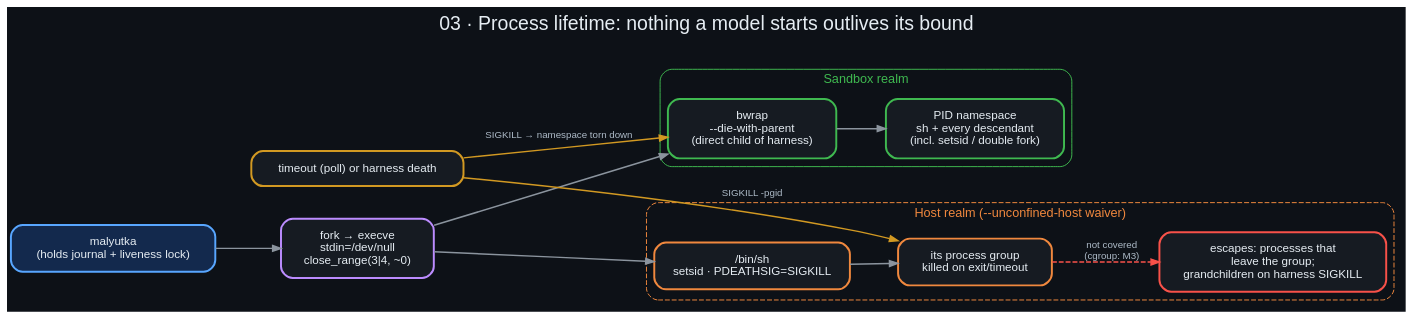
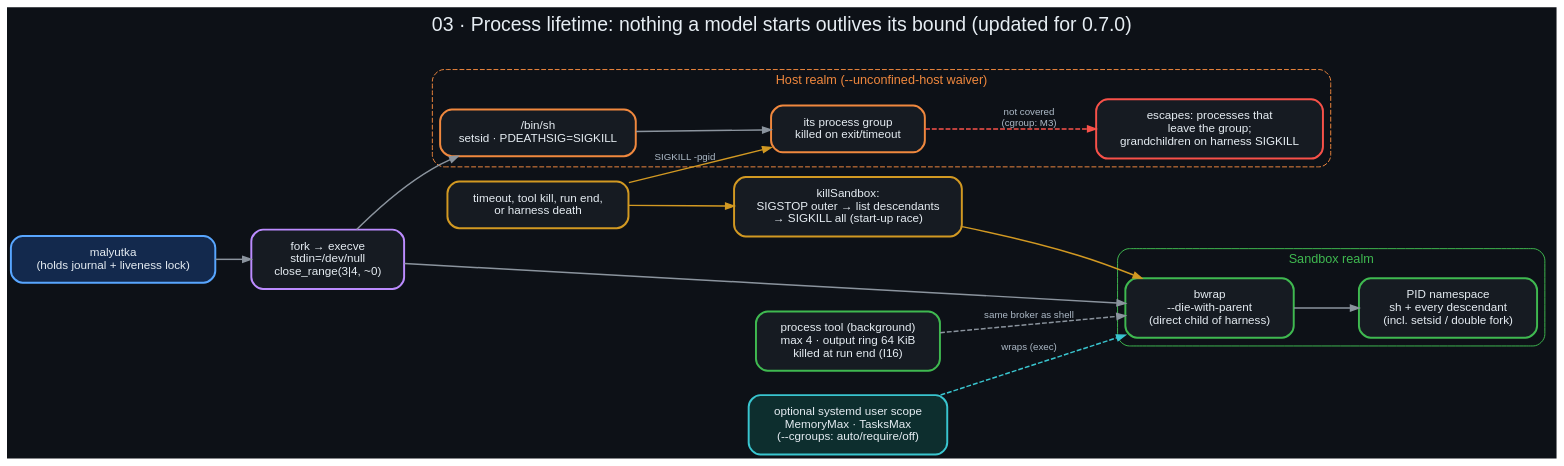
Before and after one commit to danindiana/malyutka: the diagram in docs/diagrams/03_process_lifetime.dot, drawn with Graphviz. The commit also changed 42 other files, not shown here.

First line of the commit message:
feat: background process tool and resource limits (v0.7.0)

```diff
--- a/docs/diagrams/03_process_lifetime.dot
+++ b/docs/diagrams/03_process_lifetime.dot
@@ -1,29 +1,34 @@
 digraph process_lifetime {
     graph [bgcolor="#0d1117", rankdir=LR, fontname="Helvetica", fontcolor="#e6edf3", labelloc="t", fontsize=20,
-           label="03 · Process lifetime: nothing a model starts outlives its bound\n ", nodesep=0.35, ranksep=0.5];
+           label="03 · Process lifetime: nothing a model starts outlives its bound (updated for 0.7.0)\n ", nodesep=0.35, ranksep=0.5];
     node  [fontname="Helvetica", fontcolor="#e6edf3", color="#30363d", style="filled,rounded", shape=box, penwidth=2,
            margin="0.22,0.15", fillcolor="#161b22", fontsize=12];
     edge  [color="#8b949e", fontname="Helvetica", fontcolor="#adbac7", penwidth=1.5, arrowsize=0.85, fontsize=10];
 
     harness [label="malyutka\n(holds journal + liveness lock)", color="#58a6ff", fillcolor="#13294d"];
     spawn   [label="fork → execve\nstdin=/dev/null\nclose_range(3|4, ~0)", color="#bc8cff"];
 
     subgraph cluster_sb {
         label="Sandbox realm"; fontcolor="#3fb950"; color="#3fb950"; style="rounded"; fontsize=13;
         bwrap [label="bwrap\n--die-with-parent\n(direct child of harness)", color="#3fb950"];
         ns    [label="PID namespace\nsh + every descendant\n(incl. setsid / double fork)", color="#3fb950"];
     }
     subgraph cluster_host {
         label="Host realm (--unconfined-host waiver)"; fontcolor="#f0883e"; color="#f0883e"; style="rounded,dashed"; fontsize=13;
         sh    [label="/bin/sh\nsetsid · PDEATHSIG=SIGKILL", color="#f0883e"];
         grp   [label="its process group\nkilled on exit/timeout", color="#f0883e"];
         esc   [label="escapes: processes that\nleave the group;\ngrandchildren on harness SIGKILL", color="#f85149"];
     }
-    kill  [label="timeout (poll) or harness death", color="#d29922"];
+    proc  [label="process tool (background)\nmax 4 · output ring 64 KiB\nkilled at run end (I16)", color="#3fb950"];
+    scope [label="optional systemd user scope\nMemoryMax · TasksMax\n(--cgroups: auto/require/off)", color="#39c5cf", fillcolor="#0d2e2e"];
+    kill  [label="timeout, tool kill, run end,\nor harness death", color="#d29922"];
+    killseq [label="killSandbox:\nSIGSTOP outer → list descendants\n→ SIGKILL all (start-up race)", color="#d29922"];
 
     harness -> spawn -> bwrap -> ns;
     spawn -> sh -> grp;
     grp -> esc [style=dashed, color="#f85149", label="not covered\n(cgroup: M3)"];
-    kill -> bwrap [label="SIGKILL → namespace torn down", color="#d29922"];
+    kill -> killseq -> bwrap [color="#d29922"];
+    proc -> bwrap [label="same broker as shell", style=dashed];
+    scope -> bwrap [label="wraps (exec)", style=dashed, color="#39c5cf"];
     kill -> grp   [label="SIGKILL -pgid", color="#d29922"];
 }
```
